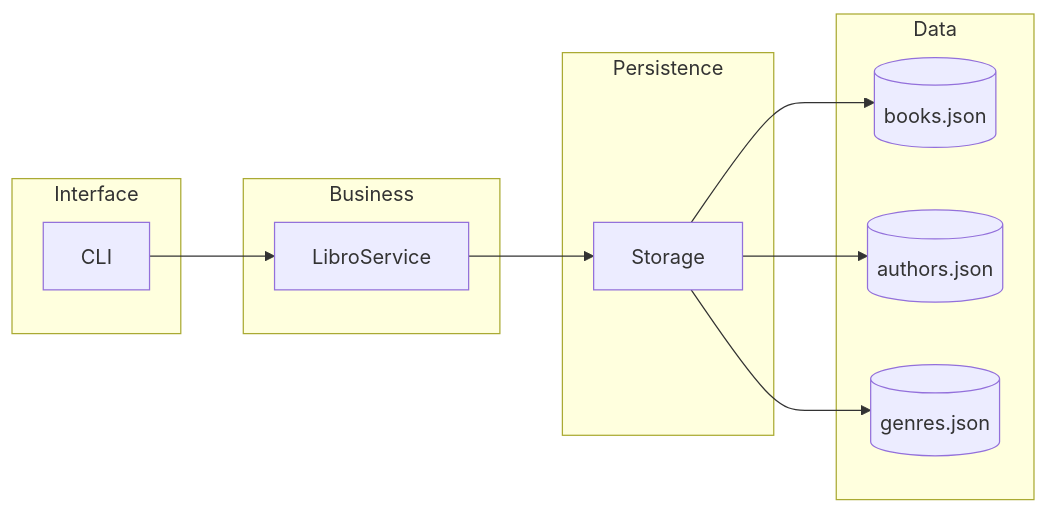
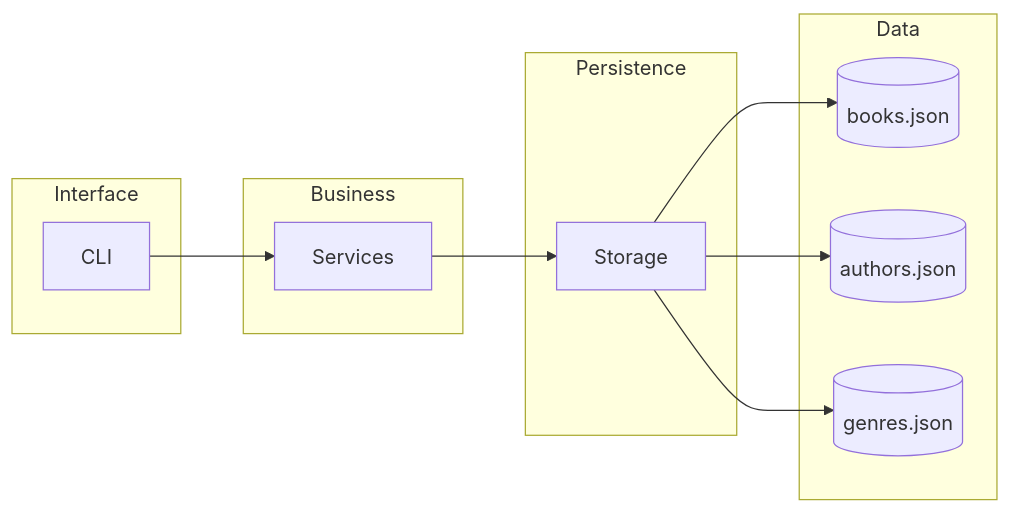
One commit to jeropez/personal_library changed the second of 3 diagrams in docs/architecture.md. Above: the diagram before and after it, drawn with Mermaid. The commit also changed other lines of this file and 27 other files, not shown here.

````diff
--- a/docs/architecture.md
+++ b/docs/architecture.md
@@ -32,28 +31,28 @@
 ```mermaid
 flowchart LR
 
     subgraph Interface
         CLI[CLI]
     end
 
     subgraph Business
-        Service[LibroService]
+        Service[Services]
     end
 
     subgraph Persistence
         Storage[Storage]
     end
 
     subgraph Data
         Books[(books.json)]
         Authors[(authors.json)]
         Genres[(genres.json)]
     end
 
     CLI --> Service
     Service --> Storage
 
     Storage --> Books
     Storage --> Authors
     Storage --> Genres
 ```
````
